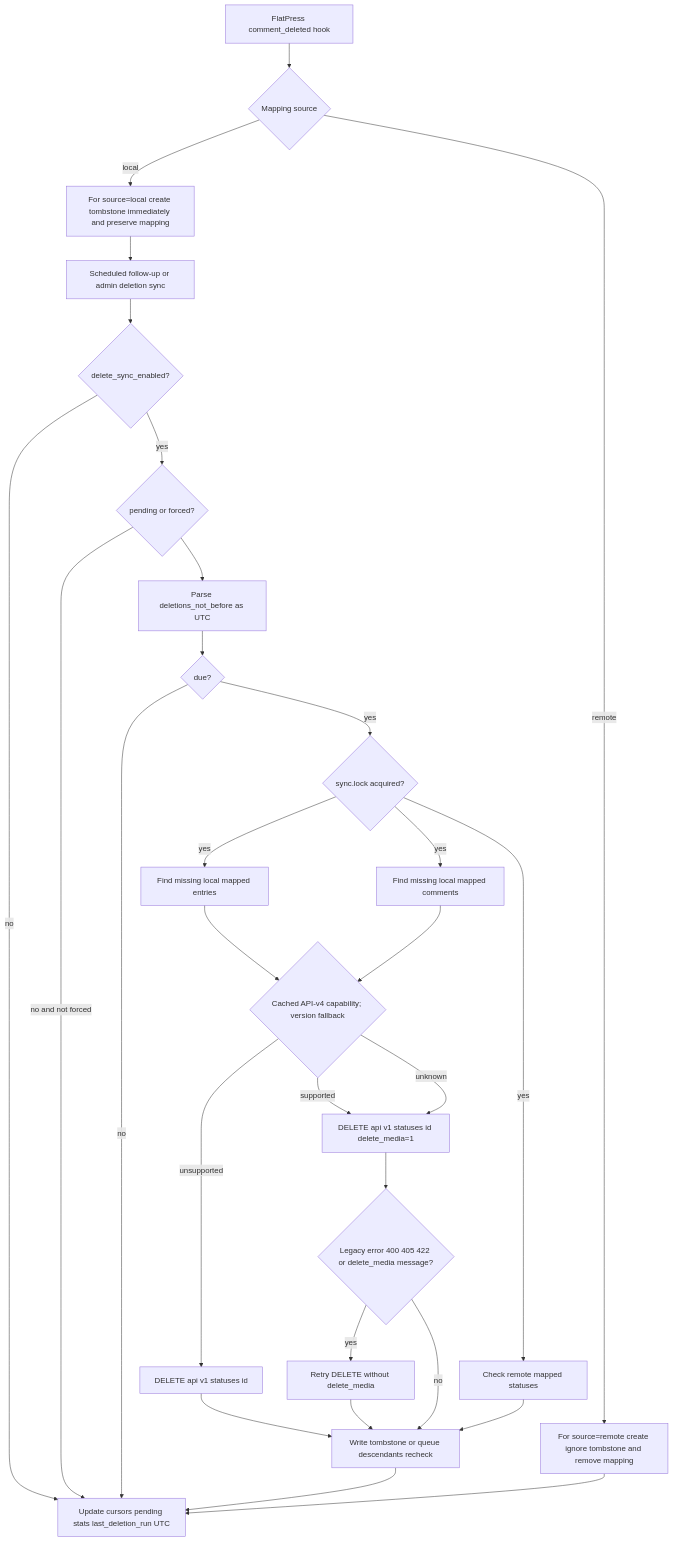
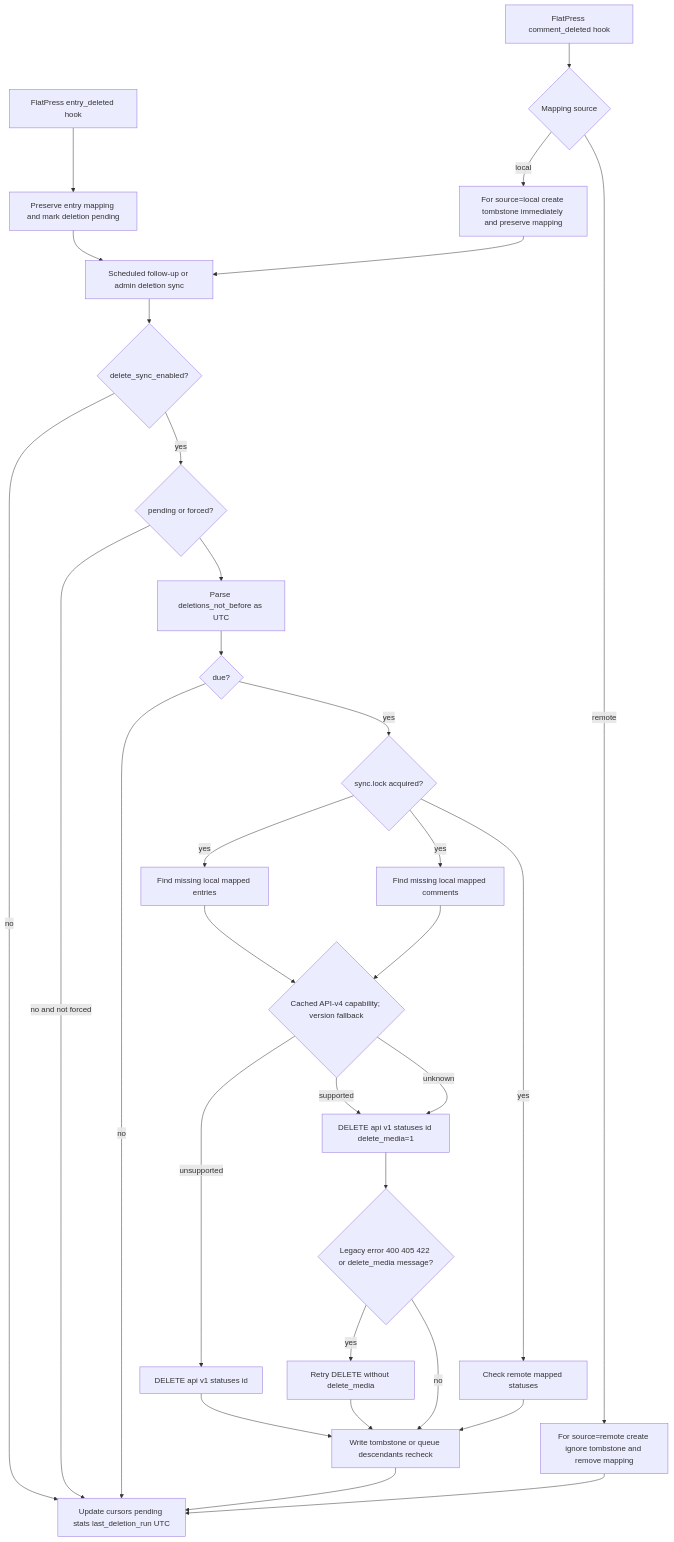
The seventh of 9 diagrams in fp-plugins/mastodon/developer-docs/01-Process-Map.md (flatpressblog/flatpress), drawn with Mermaid before and after one commit. The commit also changed other lines of this file and 10 other files, not shown here.

First line of the commit message:
Fix re-import of locally deleted Mastodon-linked entries

````diff
--- a/fp-plugins/mastodon/developer-docs/01-Process-Map.md
+++ b/fp-plugins/mastodon/developer-docs/01-Process-Map.md
@@ -283,46 +293,49 @@
 ```mermaid
 flowchart TD
-    LocalDelete[FlatPress comment_deleted hook]
-    Source{Mapping source}
-    Immediate[For source=local create tombstone immediately and preserve mapping]
-    Ignore[For source=remote create ignore tombstone and remove mapping]
-    Start[Scheduled follow-up or admin deletion sync]
-    Enabled{delete_sync_enabled?}
-    Pending{pending or forced?}
-    UtcCooldown[Parse deletions_not_before as UTC]
-    Due{due?}
-    Lock{sync.lock acquired?}
-    Entries[Find missing local mapped entries]
-    Comments[Find missing local mapped comments]
-    RemoteMissing[Check remote mapped statuses]
-    Version{Cached API-v4 capability; version fallback}
-    Old[DELETE api v1 statuses id]
-    New[DELETE api v1 statuses id delete_media=1]
-    Retry{Legacy error 400 405 422 or delete_media message?}
-    RetryOld[Retry DELETE without delete_media]
-    Tombstone[Write tombstone or queue descendants recheck]
-    State[Update cursors pending stats last_deletion_run UTC]
+	EntryDelete[FlatPress entry_deleted hook]
+	EntryPending[Preserve entry mapping and mark deletion pending]
+	LocalDelete[FlatPress comment_deleted hook]
+	Source{Mapping source}
+	Immediate[For source=local create tombstone immediately and preserve mapping]
+	Ignore[For source=remote create ignore tombstone and remove mapping]
+	Start[Scheduled follow-up or admin deletion sync]
+	Enabled{delete_sync_enabled?}
+	Pending{pending or forced?}
+	UtcCooldown[Parse deletions_not_before as UTC]
+	Due{due?}
+	Lock{sync.lock acquired?}
+	Entries[Find missing local mapped entries]
+	Comments[Find missing local mapped comments]
+	RemoteMissing[Check remote mapped statuses]
+	Version{Cached API-v4 capability; version fallback}
+	Old[DELETE api v1 statuses id]
+	New[DELETE api v1 statuses id delete_media=1]
+	Retry{Legacy error 400 405 422 or delete_media message?}
+	RetryOld[Retry DELETE without delete_media]
+	Tombstone[Write tombstone or queue descendants recheck]
+	State[Update cursors pending stats last_deletion_run UTC]
 
-    LocalDelete --> Source
-    Source -- local --> Immediate --> Start
-    Source -- remote --> Ignore --> State
-    Start --> Enabled
-    Enabled -- no --> State
-    Enabled -- yes --> Pending
-    Pending -- no and not forced --> State
-    Pending --> UtcCooldown --> Due
-    Due -- no --> State
-    Due -- yes --> Lock
-    Lock -- yes --> Entries --> Version
-    Lock -- yes --> Comments --> Version
-    Lock -- yes --> RemoteMissing --> Tombstone
-    Version -- unsupported --> Old
-    Version -- supported --> New
-    Version -- unknown --> New
-    New --> Retry
-    Retry -- yes --> RetryOld
-    Retry -- no --> Tombstone
-    Old --> Tombstone
-    RetryOld --> Tombstone
-    Tombstone --> State
+	EntryDelete --> EntryPending --> Start
+	LocalDelete --> Source
+	Source -- local --> Immediate --> Start
+	Source -- remote --> Ignore --> State
+	Start --> Enabled
+	Enabled -- no --> State
+	Enabled -- yes --> Pending
+	Pending -- no and not forced --> State
+	Pending --> UtcCooldown --> Due
+	Due -- no --> State
+	Due -- yes --> Lock
+	Lock -- yes --> Entries --> Version
+	Lock -- yes --> Comments --> Version
+	Lock -- yes --> RemoteMissing --> Tombstone
+	Version -- unsupported --> Old
+	Version -- supported --> New
+	Version -- unknown --> New
+	New --> Retry
+	Retry -- yes --> RetryOld
+	Retry -- no --> Tombstone
+	Old --> Tombstone
+	RetryOld --> Tombstone
+	Tombstone --> State
 ```
````
